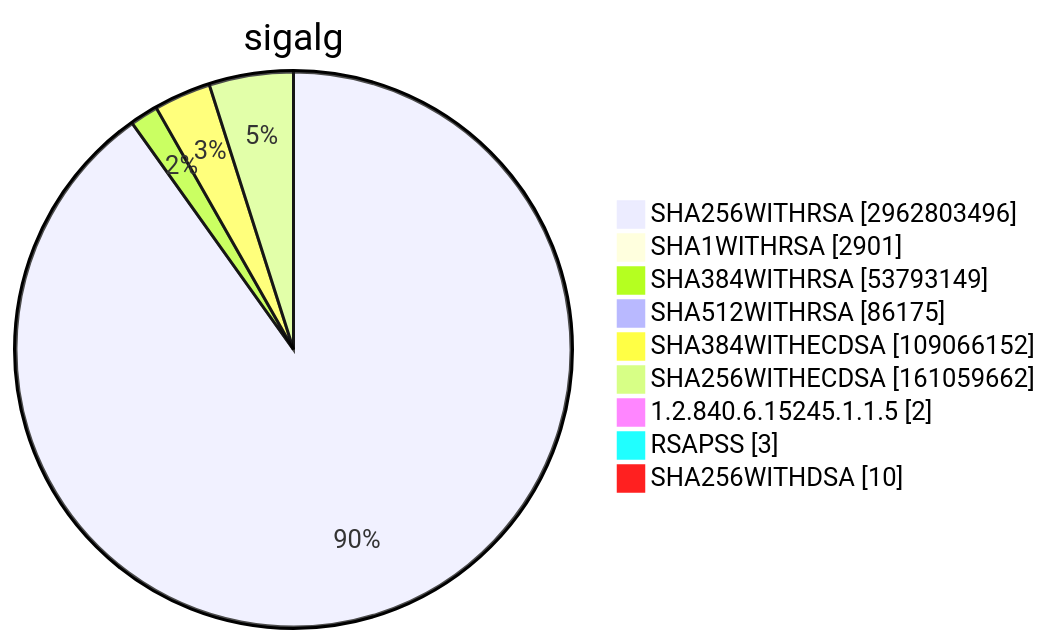
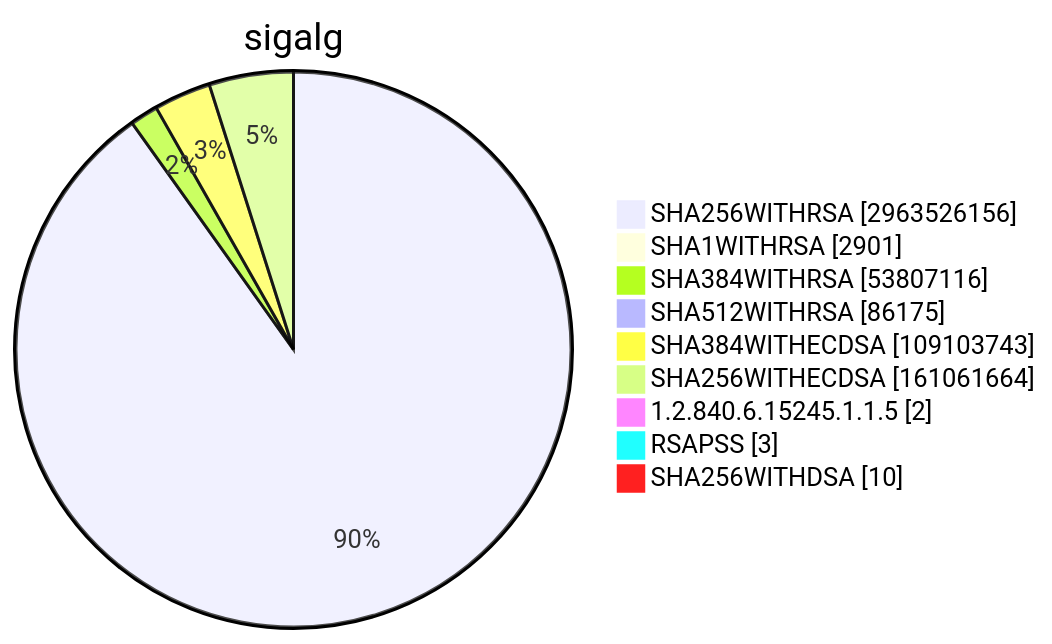
Before and after one commit to christiankrug/ctmonitor_visualization: diagram 15 of 15 in TOTAL/README.md, drawn with Mermaid. The commit also changed other lines of this file, not shown here.

````diff
--- a/TOTAL/README.md
+++ b/TOTAL/README.md
@@ -6207,13 +6207,13 @@
 ```mermaid
 pie showData
 title sigalg
-"SHA256WITHRSA" :2962803496
+"SHA256WITHRSA" :2963526156
 "SHA1WITHRSA" :2901
-"SHA384WITHRSA" :53793149
+"SHA384WITHRSA" :53807116
 "SHA512WITHRSA" :86175
-"SHA384WITHECDSA" :109066152
-"SHA256WITHECDSA" :161059662
+"SHA384WITHECDSA" :109103743
+"SHA256WITHECDSA" :161061664
 "1.2.840.6.15245.1.1.5" :2
 "RSAPSS" :3
 "SHA256WITHDSA" :10
 ```
````
